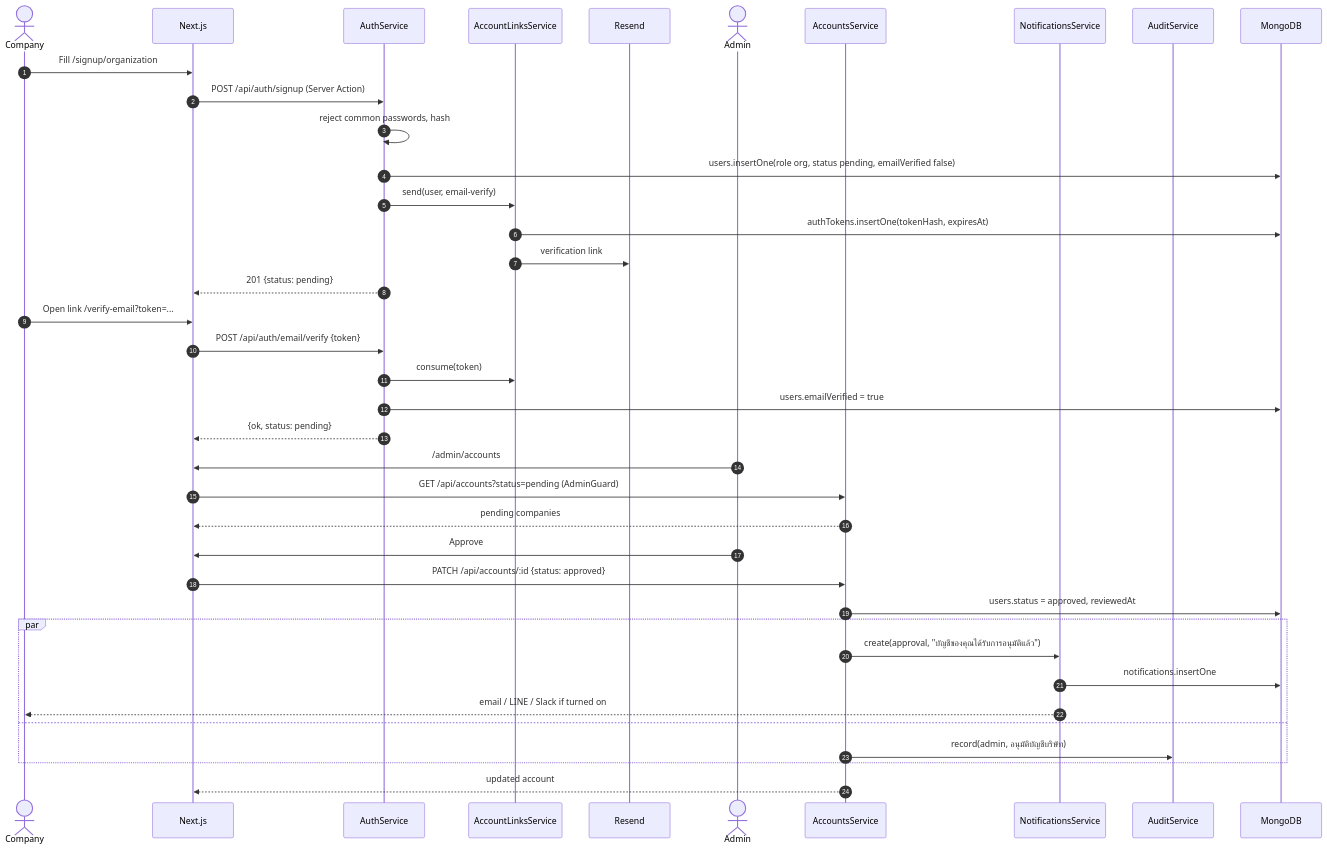
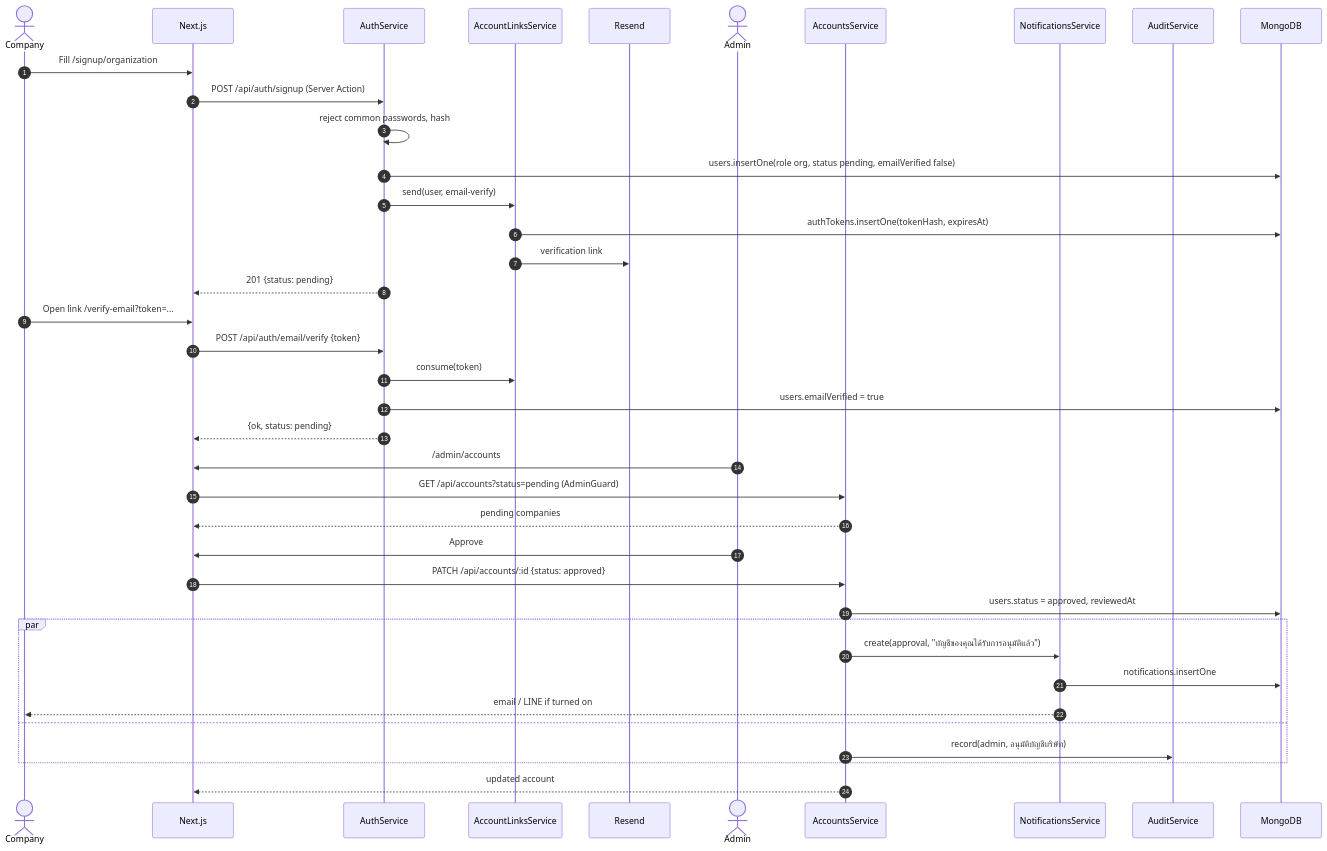
One commit to PhomMaiWai/TorFinder changed the second of 7 diagrams in docs/design/sequence-diagrams.md. Above: the diagram before and after it, drawn with Mermaid. The commit also changed 29 other files, not shown here.

````diff
--- a/docs/design/sequence-diagrams.md
+++ b/docs/design/sequence-diagrams.md
@@ -79,44 +79,44 @@
 ```mermaid
 sequenceDiagram
     autonumber
     actor C as Company
     participant N as Next.js
     participant Auth as AuthService
     participant AL as AccountLinksService
     participant Mail as Resend
     actor Ad as Admin
     participant Acc as AccountsService
     participant Notif as NotificationsService
     participant Audit as AuditService
     participant DB as MongoDB
 
     C->>N: Fill /signup/organization
     N->>Auth: POST /api/auth/signup (Server Action)
     Auth->>Auth: reject common passwords, hash
     Auth->>DB: users.insertOne(role org, status pending, emailVerified false)
     Auth->>AL: send(user, email-verify)
     AL->>DB: authTokens.insertOne(tokenHash, expiresAt)
     AL->>Mail: verification link
     Auth-->>N: 201 {status: pending}
 
     C->>N: Open link /verify-email?token=...
     N->>Auth: POST /api/auth/email/verify {token}
     Auth->>AL: consume(token)
     Auth->>DB: users.emailVerified = true
     Auth-->>N: {ok, status: pending}
 
     Ad->>N: /admin/accounts
     N->>Acc: GET /api/accounts?status=pending (AdminGuard)
     Acc-->>N: pending companies
     Ad->>N: Approve
     N->>Acc: PATCH /api/accounts/:id {status: approved}
     Acc->>DB: users.status = approved, reviewedAt
     par
         Acc->>Notif: create(approval, "บัญชีของคุณได้รับการอนุมัติแล้ว")
         Notif->>DB: notifications.insertOne
-        Notif-->>C: email / LINE / Slack if turned on
+        Notif-->>C: email / LINE if turned on
     and
         Acc->>Audit: record(admin, อนุมัติบัญชีบริษัท)
     end
     Acc-->>N: updated account
 ```
````
